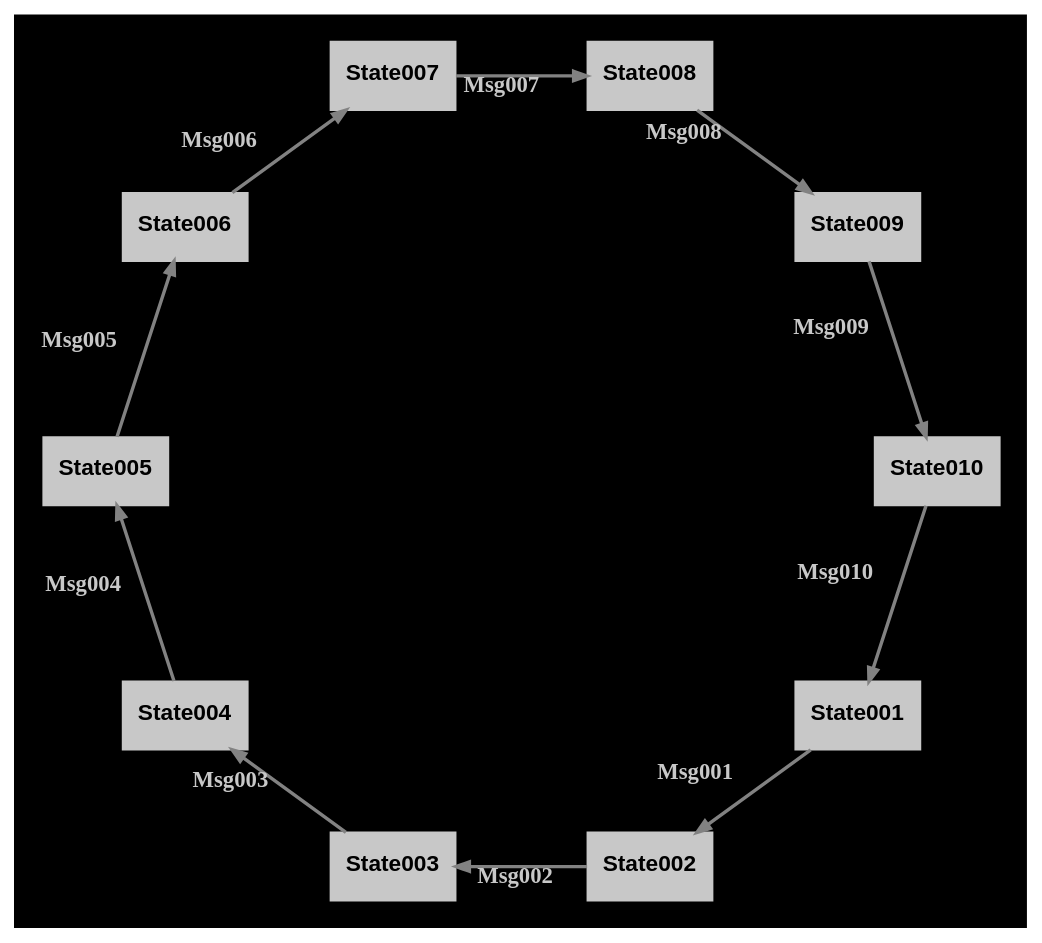
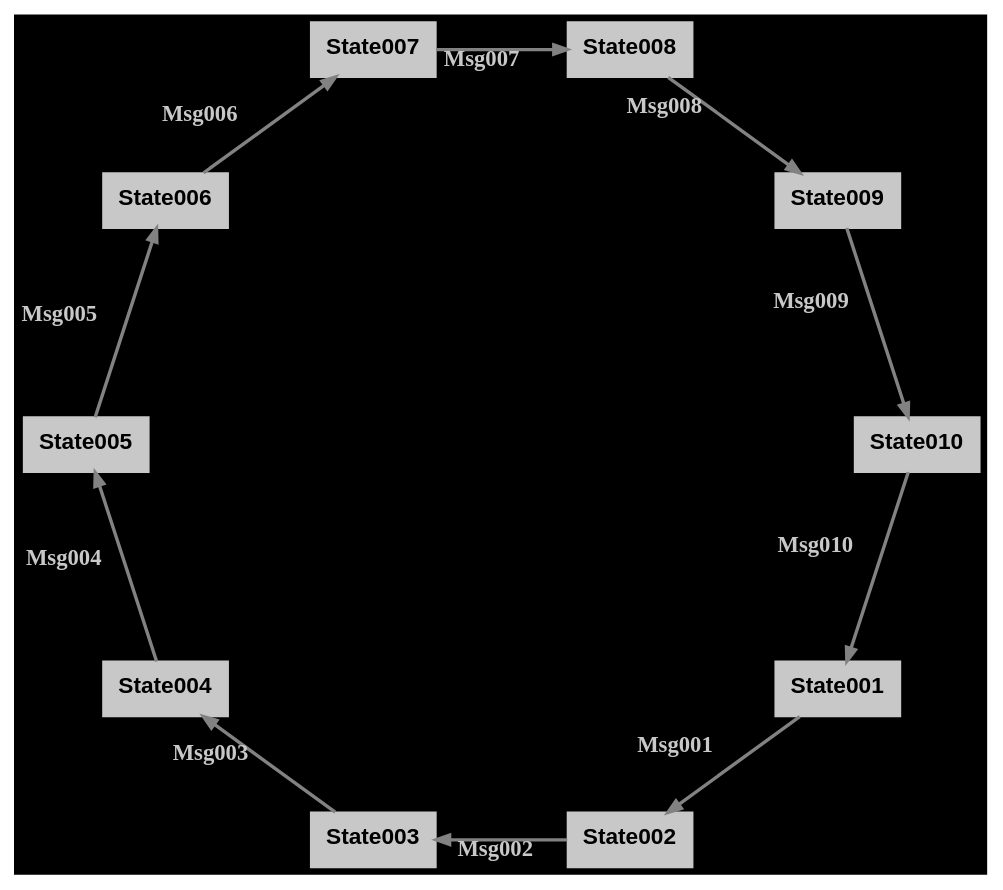
The diagram in renders/circle_graph.dot (m-bock/purescript-transit), drawn with Graphviz before and after one commit. The commit also changed 41 other files, not shown here.

Commit message:
Enhance Graphviz integration and update tutorial examples; modify rendering options for various themes, improve state diagram generation for DoorPin and Bridges of Königsberg, and refine documentation for clarity and consistency across examples.

```diff
--- a/renders/circle_graph.dot
+++ b/renders/circle_graph.dot
@@ -1,24 +1,24 @@
 digraph 
 {
-rankdir = "TD";fontname = "Arial";labelloc = "t";fontsize = 12;bgcolor = "#000000";color = "#ffffff";fontcolor = "#ffffff";pad = 0.2;layout = "circo"
-State001 [shape = "box", label = <<b>State001</b>>, fontsize = 12, style = "filled", fillcolor = "#c8c8c8", fontcolor = "#000000", color = "#c8c8c8", fontname = "Arial", labelloc = "c", penwidth = 1.0]
-State001 -> State002 [color = "#828282", fontcolor = "#c8c8c8", fontsize = 12, arrowsize = "0.7", label = <<b>Msg001</b>>, penwidth = 1.8]
-State002 [shape = "box", label = <<b>State002</b>>, fontsize = 12, style = "filled", fillcolor = "#c8c8c8", fontcolor = "#000000", color = "#c8c8c8", fontname = "Arial", labelloc = "c", penwidth = 1.0]
-State002 -> State003 [color = "#828282", fontcolor = "#c8c8c8", fontsize = 12, arrowsize = "0.7", label = <<b>Msg002</b>>, penwidth = 1.8]
-State003 [shape = "box", label = <<b>State003</b>>, fontsize = 12, style = "filled", fillcolor = "#c8c8c8", fontcolor = "#000000", color = "#c8c8c8", fontname = "Arial", labelloc = "c", penwidth = 1.0]
-State003 -> State004 [color = "#828282", fontcolor = "#c8c8c8", fontsize = 12, arrowsize = "0.7", label = <<b>Msg003</b>>, penwidth = 1.8]
-State004 [shape = "box", label = <<b>State004</b>>, fontsize = 12, style = "filled", fillcolor = "#c8c8c8", fontcolor = "#000000", color = "#c8c8c8", fontname = "Arial", labelloc = "c", penwidth = 1.0]
-State004 -> State005 [color = "#828282", fontcolor = "#c8c8c8", fontsize = 12, arrowsize = "0.7", label = <<b>Msg004</b>>, penwidth = 1.8]
-State005 [shape = "box", label = <<b>State005</b>>, fontsize = 12, style = "filled", fillcolor = "#c8c8c8", fontcolor = "#000000", color = "#c8c8c8", fontname = "Arial", labelloc = "c", penwidth = 1.0]
-State005 -> State006 [color = "#828282", fontcolor = "#c8c8c8", fontsize = 12, arrowsize = "0.7", label = <<b>Msg005</b>>, penwidth = 1.8]
-State006 [shape = "box", label = <<b>State006</b>>, fontsize = 12, style = "filled", fillcolor = "#c8c8c8", fontcolor = "#000000", color = "#c8c8c8", fontname = "Arial", labelloc = "c", penwidth = 1.0]
-State006 -> State007 [color = "#828282", fontcolor = "#c8c8c8", fontsize = 12, arrowsize = "0.7", label = <<b>Msg006</b>>, penwidth = 1.8]
-State007 [shape = "box", label = <<b>State007</b>>, fontsize = 12, style = "filled", fillcolor = "#c8c8c8", fontcolor = "#000000", color = "#c8c8c8", fontname = "Arial", labelloc = "c", penwidth = 1.0]
-State007 -> State008 [color = "#828282", fontcolor = "#c8c8c8", fontsize = 12, arrowsize = "0.7", label = <<b>Msg007</b>>, penwidth = 1.8]
-State008 [shape = "box", label = <<b>State008</b>>, fontsize = 12, style = "filled", fillcolor = "#c8c8c8", fontcolor = "#000000", color = "#c8c8c8", fontname = "Arial", labelloc = "c", penwidth = 1.0]
-State008 -> State009 [color = "#828282", fontcolor = "#c8c8c8", fontsize = 12, arrowsize = "0.7", label = <<b>Msg008</b>>, penwidth = 1.8]
-State009 [shape = "box", label = <<b>State009</b>>, fontsize = 12, style = "filled", fillcolor = "#c8c8c8", fontcolor = "#000000", color = "#c8c8c8", fontname = "Arial", labelloc = "c", penwidth = 1.0]
-State009 -> State010 [color = "#828282", fontcolor = "#c8c8c8", fontsize = 12, arrowsize = "0.7", label = <<b>Msg009</b>>, penwidth = 1.8]
-State010 [shape = "box", label = <<b>State010</b>>, fontsize = 12, style = "filled", fillcolor = "#c8c8c8", fontcolor = "#000000", color = "#c8c8c8", fontname = "Arial", labelloc = "c", penwidth = 1.0]
-State010 -> State001 [color = "#828282", fontcolor = "#c8c8c8", fontsize = 12, arrowsize = "0.7", label = <<b>Msg010</b>>, penwidth = 1.8]
+rankdir = "TD";fontname = "Arial";labelloc = "t";fontsize = 12.0;bgcolor = "#000000";color = "#ffffff";fontcolor = "#ffffff";layout = "circo"
+State001 [shape = "box", label = <<b>State001</b>>, fontsize = 12.0, style = "filled", fillcolor = "#c8c8c8", fontcolor = "#000000", color = "#c8c8c8", fontname = "Arial", labelloc = "c", penwidth = 1.0, height = 0.4]
+State001 -> State002 [color = "#828282", fontcolor = "#c8c8c8", fontsize = 12.0, arrowsize = "0.7", label = <<b>Msg001</b>>, penwidth = 1.8]
+State002 [shape = "box", label = <<b>State002</b>>, fontsize = 12.0, style = "filled", fillcolor = "#c8c8c8", fontcolor = "#000000", color = "#c8c8c8", fontname = "Arial", labelloc = "c", penwidth = 1.0, height = 0.4]
+State002 -> State003 [color = "#828282", fontcolor = "#c8c8c8", fontsize = 12.0, arrowsize = "0.7", label = <<b>Msg002</b>>, penwidth = 1.8]
+State003 [shape = "box", label = <<b>State003</b>>, fontsize = 12.0, style = "filled", fillcolor = "#c8c8c8", fontcolor = "#000000", color = "#c8c8c8", fontname = "Arial", labelloc = "c", penwidth = 1.0, height = 0.4]
+State003 -> State004 [color = "#828282", fontcolor = "#c8c8c8", fontsize = 12.0, arrowsize = "0.7", label = <<b>Msg003</b>>, penwidth = 1.8]
+State004 [shape = "box", label = <<b>State004</b>>, fontsize = 12.0, style = "filled", fillcolor = "#c8c8c8", fontcolor = "#000000", color = "#c8c8c8", fontname = "Arial", labelloc = "c", penwidth = 1.0, height = 0.4]
+State004 -> State005 [color = "#828282", fontcolor = "#c8c8c8", fontsize = 12.0, arrowsize = "0.7", label = <<b>Msg004</b>>, penwidth = 1.8]
+State005 [shape = "box", label = <<b>State005</b>>, fontsize = 12.0, style = "filled", fillcolor = "#c8c8c8", fontcolor = "#000000", color = "#c8c8c8", fontname = "Arial", labelloc = "c", penwidth = 1.0, height = 0.4]
+State005 -> State006 [color = "#828282", fontcolor = "#c8c8c8", fontsize = 12.0, arrowsize = "0.7", label = <<b>Msg005</b>>, penwidth = 1.8]
+State006 [shape = "box", label = <<b>State006</b>>, fontsize = 12.0, style = "filled", fillcolor = "#c8c8c8", fontcolor = "#000000", color = "#c8c8c8", fontname = "Arial", labelloc = "c", penwidth = 1.0, height = 0.4]
+State006 -> State007 [color = "#828282", fontcolor = "#c8c8c8", fontsize = 12.0, arrowsize = "0.7", label = <<b>Msg006</b>>, penwidth = 1.8]
+State007 [shape = "box", label = <<b>State007</b>>, fontsize = 12.0, style = "filled", fillcolor = "#c8c8c8", fontcolor = "#000000", color = "#c8c8c8", fontname = "Arial", labelloc = "c", penwidth = 1.0, height = 0.4]
+State007 -> State008 [color = "#828282", fontcolor = "#c8c8c8", fontsize = 12.0, arrowsize = "0.7", label = <<b>Msg007</b>>, penwidth = 1.8]
+State008 [shape = "box", label = <<b>State008</b>>, fontsize = 12.0, style = "filled", fillcolor = "#c8c8c8", fontcolor = "#000000", color = "#c8c8c8", fontname = "Arial", labelloc = "c", penwidth = 1.0, height = 0.4]
+State008 -> State009 [color = "#828282", fontcolor = "#c8c8c8", fontsize = 12.0, arrowsize = "0.7", label = <<b>Msg008</b>>, penwidth = 1.8]
+State009 [shape = "box", label = <<b>State009</b>>, fontsize = 12.0, style = "filled", fillcolor = "#c8c8c8", fontcolor = "#000000", color = "#c8c8c8", fontname = "Arial", labelloc = "c", penwidth = 1.0, height = 0.4]
+State009 -> State010 [color = "#828282", fontcolor = "#c8c8c8", fontsize = 12.0, arrowsize = "0.7", label = <<b>Msg009</b>>, penwidth = 1.8]
+State010 [shape = "box", label = <<b>State010</b>>, fontsize = 12.0, style = "filled", fillcolor = "#c8c8c8", fontcolor = "#000000", color = "#c8c8c8", fontname = "Arial", labelloc = "c", penwidth = 1.0, height = 0.4]
+State010 -> State001 [color = "#828282", fontcolor = "#c8c8c8", fontsize = 12.0, arrowsize = "0.7", label = <<b>Msg010</b>>, penwidth = 1.8]
 }
```
